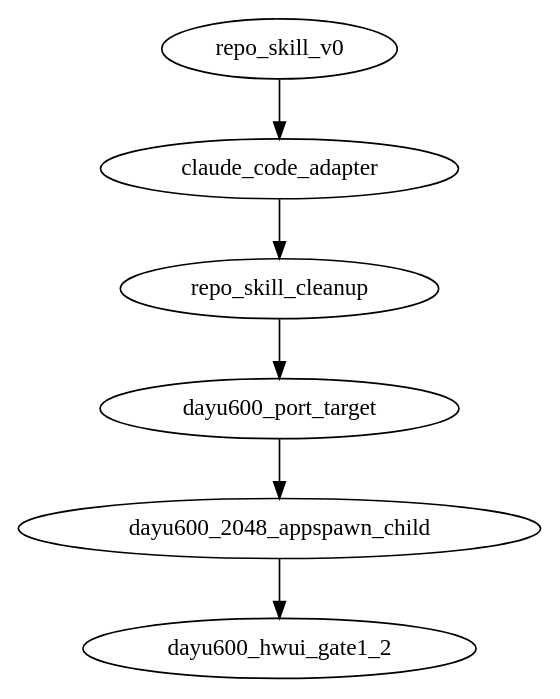
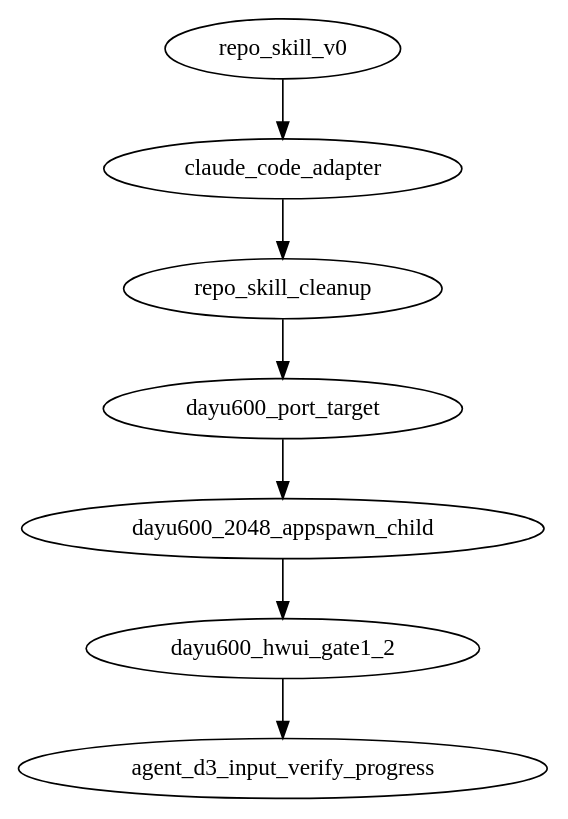
Before and after one commit to BH3GEI/westlake-piercing: the diagram in REPO_HISTORY.dot, drawn with Graphviz. The commit also changed 6 other files, not shown here.

First line of the commit message:
Agent-D3: fix boot-image -Ximage path, add WM stub, update coordination docs

```diff
--- a/REPO_HISTORY.dot
+++ b/REPO_HISTORY.dot
@@ -1,80 +1,92 @@
 digraph westlake_repo_history {
   graph [
     format="repo-skill-history-v0",
     rule="each node records one agent-facing change; commit=self is allowed only for the node introduced by the current commit"
   ];
 
   repo_skill_v0 [
     commit="fb3661c",
     base_commit="b9ede74ac6a19e9e05e09800a4c8757b60ea48d5",
     actor="Yao/Codex",
     title="add repo skill v0",
     user_input="Fork westlake-piercing to BH3GEI and add a dynamic repo skill system with DOT pipeline, lock, history, and skill-local tools.",
     agent_action="Created REPO_SKILL.md, REPO_PIPELINE.dot, REPO_LOCK.toml, REPO_HISTORY.dot, .repo-skill/SKILL.md, runner code, checks, and turn notes.",
     code_delta="No runtime adapter behavior changed; added collaboration and reproducibility metadata plus a local DOT runner.",
     verify="static runner checks; full replay requires DAYU200 and artifact baseline",
     note=".repo-skill/turns/2026-06-30-repo-skill-v0.md"
   ];
 
   claude_code_adapter [
     commit="6113f4b",
     base_commit="fb3661c",
     actor="Yao/Codex",
     title="add Claude Code skill adapter",
     user_input="Add the Claude Code layer so Claude can discover the repo skill without duplicating the main rules.",
     agent_action="Created .claude/skills/westlake-repo/SKILL.md and linked REPO_SKILL.md as the single source of truth.",
     code_delta="No runtime adapter behavior changed; added Claude Code discovery metadata and updated repo skill history.",
     verify="static file checks; full replay still requires DAYU200, hdc, and external artifacts",
     note=".repo-skill/turns/2026-06-30-claude-code-adapter.md"
   ];
 
   repo_skill_cleanup [
     commit="f926081",
     base_commit="6113f4b",
     actor="Yao/Codex",
     title="clean up repo skill metadata",
     user_input="Inspect BH3GEI/westlake-piercing, especially its built-in repo skill.",
     agent_action="Added Codex frontmatter to .repo-skill/SKILL.md, rewrote mojibake Claude adapter and turn note, improved missing-command/9009 reporting, and recorded this cleanup turn.",
     code_delta="No runtime adapter behavior changed; cleaned repository skill metadata, agent-facing history, and runner diagnostics.",
     verify="static skill checks; repo-local check flow fails honestly on this Windows host before hardware/artifact verification",
     note=".repo-skill/turns/2026-07-01-repo-skill-cleanup.md"
   ];
 
   dayu600_port_target [
     commit="pending",
     base_commit="f926081",
     actor="Yao/Codex",
     title="declare DAYU600 as active port target",
     user_input="Clarify that westlake-piercing must be reproduced on the current DAYU600/uis7885 board, not only on DAYU200/RK3568.",
     agent_action="Updated repo skill, lock, pipeline, and docs for a DAYU600 port track; added a non-mutating dayu600-audit flow, live HDC audit checks, stock baseline hash inventory, and build-gap tracker.",
     code_delta="No runtime adapter behavior changed; added DAYU600 port metadata, docs, audit helpers, local stock baseline hash records, and source/build gap documentation.",
     verify="ran dayu600-audit over HDC; confirmed uis7885 arm64-v8a OpenHarmony 6.1.0.31, stock 64-bit appspawn, no appspawn-x, no /system/android substrate, and pulled stock appspawn/config/lib hashes",
     note=".repo-skill/turns/2026-07-01-dayu600-port-target.md"
   ];
 
   dayu600_2048_appspawn_child [
     commit="self",
     base_commit="pending",
     actor="Yao/Codex",
     title="run real 2048 APK inside DAYU600 app child",
     user_input="Run the attached 2048 APK on the OpenHarmony DAYU600 board using the A2OH/westlake-piercing port, not a rewritten clone.",
     agent_action="Added DAYU600 APK/framework/AppSpawnX fixtures, patched the aarch64 ART runtime for the standalone String.valueOf(int)/Integer.toString(int) path, added the embedded no-exit AppSpawnX path, deployed the probe runtime under /data/local/tmp, and joined aa start to a temporary AppSpawnX app-child route without replacing stock appspawn.",
     code_delta="Added reproducible DAYU600 2048 probe scripts and repo-skill flow entries; no /system binary replacement and no legacy 32-bit DAYU200 artifacts deployed.",
     verify="real com.digiplex.game.MainActivity.onCreate, privateR, gameStateJson, and gameMoveJson return RC:0 under standalone ART; temporary AppSpawnX app-child route runs embedded ART and onCreateNullTrace RC:0 inside m.digiplex.game while OHOS reaches AbilityTransitionDone",
     note=".repo-skill/turns/2026-07-02-dayu600-2048-appspawn-child.md"
   ];
 
   dayu600_hwui_gate1_2 [
     commit="self",
     base_commit="pending",
     actor="Yao/Claude",
     title="build libhwui.so + prove hwui renders on the DAYU600 panel",
     user_input="Drive the DAYU600 port toward running an Android game visibly on the board; build the real Android graphics stack and prove it renders.",
     agent_action="Built libhwui.so from AOSP 15 for aarch64-linux-ohos against the board's m133 Skia (gate 1); wrote a native RenderProxy harness + 5 interposer/shim TUs that make hwui's own pipeline render on the panel (gate 2, snapshot-verified); bisected gate 3 to a register_android_graphics_classes lifecycle-timeout in the embedded-ART child.",
     code_delta="Added the DAYU600 hwui build chain (scripts/, support-src/, include stubs), the gfx-smoke/ harness + interposers (fake libandroid, ANativeWindow shim, EGL + Skia interposers), and DAYU600-HWUI-BRINGUP.md; no /system writes; large outputs gitignored.",
     verify="gate 1: libhwui.so ELF64/AArch64 with full register_android_graphics_* exports; gate 2: on-device snapshot shows hwui-drawn green bg + red rect at exact recorded coords; gate 3: on-device A/B bisection + sysfreeze LIFECYCLE_TIMEOUT faultlog",
     note=".repo-skill/turns/2026-07-04-dayu600-hwui-gate1-2.md"
   ];
 
-  repo_skill_v0 -> claude_code_adapter -> repo_skill_cleanup -> dayu600_port_target -> dayu600_2048_appspawn_child -> dayu600_hwui_gate1_2;
+  agent_d3_input_verify_progress [
+    commit="self",
+    base_commit="pending",
+    actor="Yao/Claude",
+    title="Agent-D3 input verification boot image and WM stub progress",
+    user_input="Continue Agent-D3 mission: verify WestLake input chain on DAYU600 board 5583f5be and produce WLTEST/WLTEXT markers in hilog.",
+    agent_action="Corrected the embedded-art probe's -Ximage option so ART loads the arm64 boot image; pushed a patched probe binary; confirmed InputVerifyStage installs a WindowManager stub before View construction; ran inputVerify stage via app_process64 + BOOTCLASSPATH + WESTLAKE_BOOT_IMAGE=1.",
+    code_delta="Modified westlake_embedded_art_dlopen_probe.c -Ximage suffix; added scratchpad-shared/wl-input-d/InputVerifyStage.java and WindowManagerAdapter.java; updated AGENT-COORD.md and AGENT-CHAT.md.",
+    verify="Boot image loaded successfully and Dayu600ApkStageProbe reached ActivityThread.systemMain(); new framework clinit failures (Build, ActivityManager/Random, MethodType) block InputVerifyStage.run; board 5583f5be disconnected after run.",
+    note=".repo-skill/turns/2026-07-09-agent-d3-input-verify-progress.md"
+  ];
+
+  repo_skill_v0 -> claude_code_adapter -> repo_skill_cleanup -> dayu600_port_target -> dayu600_2048_appspawn_child -> dayu600_hwui_gate1_2 -> agent_d3_input_verify_progress;
 }
```
